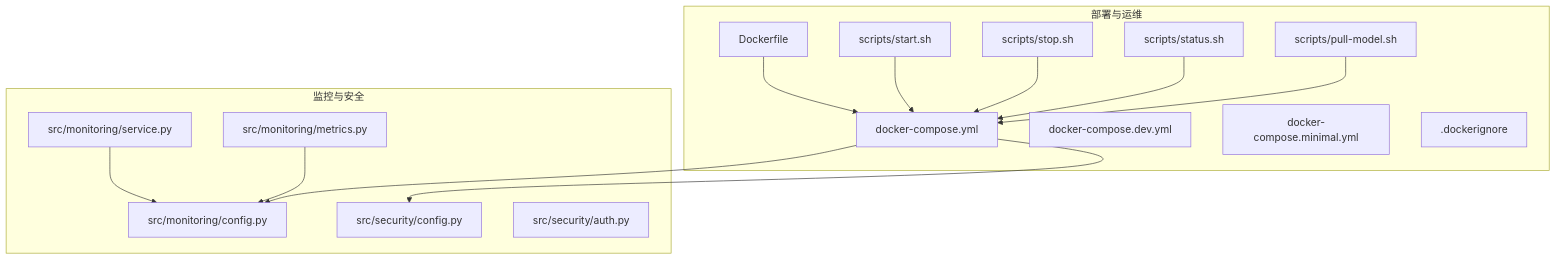
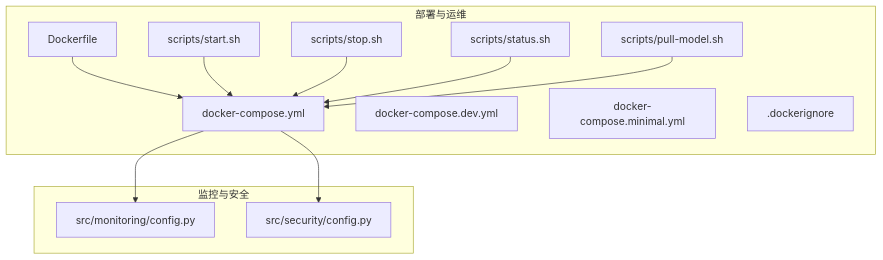
The first of 6 diagrams in .qoder/repowiki/zh/content/部署与运维/部署与运维.md (JieGaoPrinceton/NecoRAG), drawn with Mermaid before and after one commit. The commit also changed other lines of this file and 17 other files, not shown here.

````diff
--- a/.qoder/repowiki/zh/content/部署与运维/部署与运维.md
+++ b/.qoder/repowiki/zh/content/部署与运维/部署与运维.md
@@ -51,30 +56,25 @@
 ```mermaid
 graph TB
 subgraph "部署与运维"
 DF["Dockerfile"]
 DC["docker-compose.yml"]
 DCD["docker-compose.dev.yml"]
 DCM["docker-compose.minimal.yml"]
 DK[".dockerignore"]
 S1["scripts/start.sh"]
 S2["scripts/stop.sh"]
 S3["scripts/status.sh"]
 S4["scripts/pull-model.sh"]
 end
 subgraph "监控与安全"
 MC["src/monitoring/config.py"]
-MS["src/monitoring/service.py"]
-MM["src/monitoring/metrics.py"]
 SC["src/security/config.py"]
-SA["src/security/auth.py"]
 end
 DF --> DC
 DC --> MC
 DC --> SC
 S1 --> DC
 S2 --> DC
 S3 --> DC
 S4 --> DC
-MS --> MC
-MM --> MC
 ```
````
